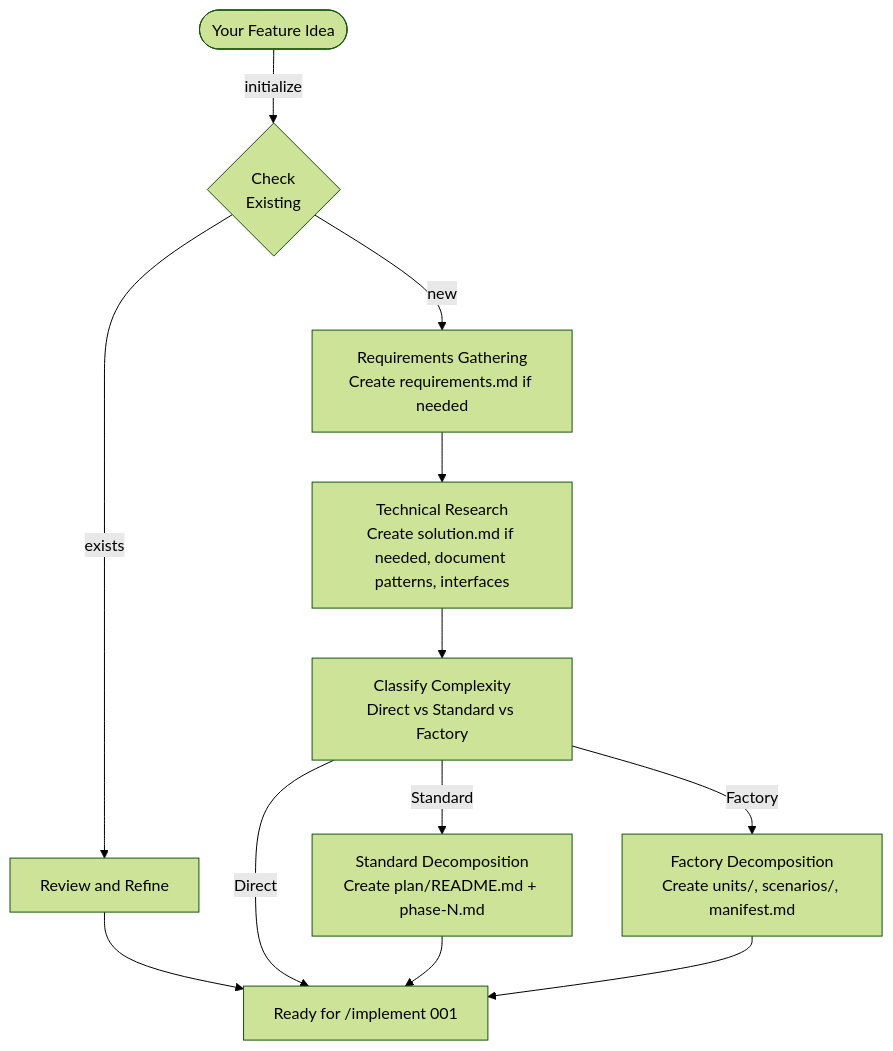
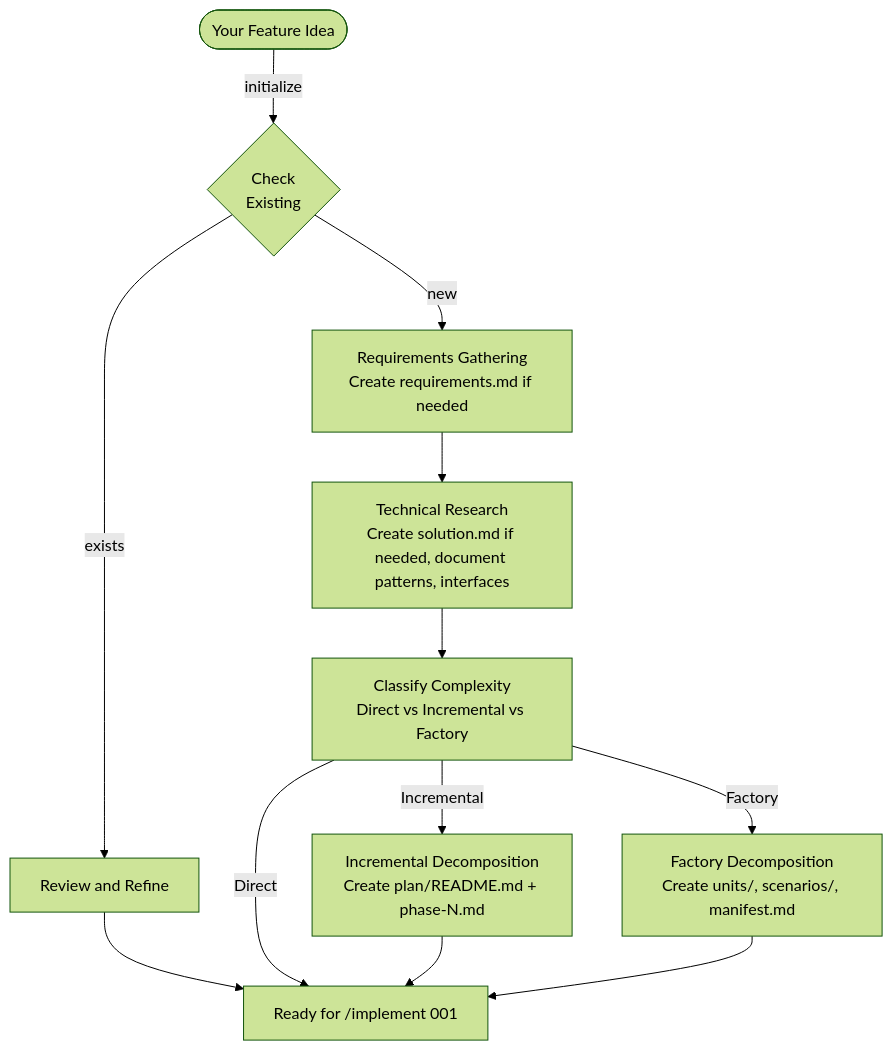
One commit to rsmdt/the-startup changed the first of 12 diagrams in plugins/start/README.md. Above: the diagram before and after it, drawn with Mermaid (forest theme). The commit also changed other lines of this file and 49 other files, not shown here.

First line of the commit message:
refactor: Renames Standard tier to Incremental

````diff
--- a/plugins/start/README.md
+++ b/plugins/start/README.md
@@ -70,14 +70,14 @@
 ```mermaid
 flowchart TD
     A([Your Feature Idea]) --> |initialize| B{Check<br>Existing}
     B --> |exists| C[Review and Refine]
     C --> END[Ready for /implement 001]
     B --> |new| D[Requirements Gathering<br/>Create requirements.md if needed]
     D --> E[Technical Research<br/>Create solution.md if needed, document patterns, interfaces]
-    E --> F[Classify Complexity<br/>Direct vs Standard vs Factory]
+    E --> F[Classify Complexity<br/>Direct vs Incremental vs Factory]
     F --> |Direct| END
-    F --> |Standard| G[Standard Decomposition<br/>Create plan/README.md + phase-N.md]
+    F --> |Incremental| G[Incremental Decomposition<br/>Create plan/README.md + phase-N.md]
     F --> |Factory| H[Factory Decomposition<br/>Create units/, scenarios/, manifest.md]
     G --> END
     H --> END
 ```
````
